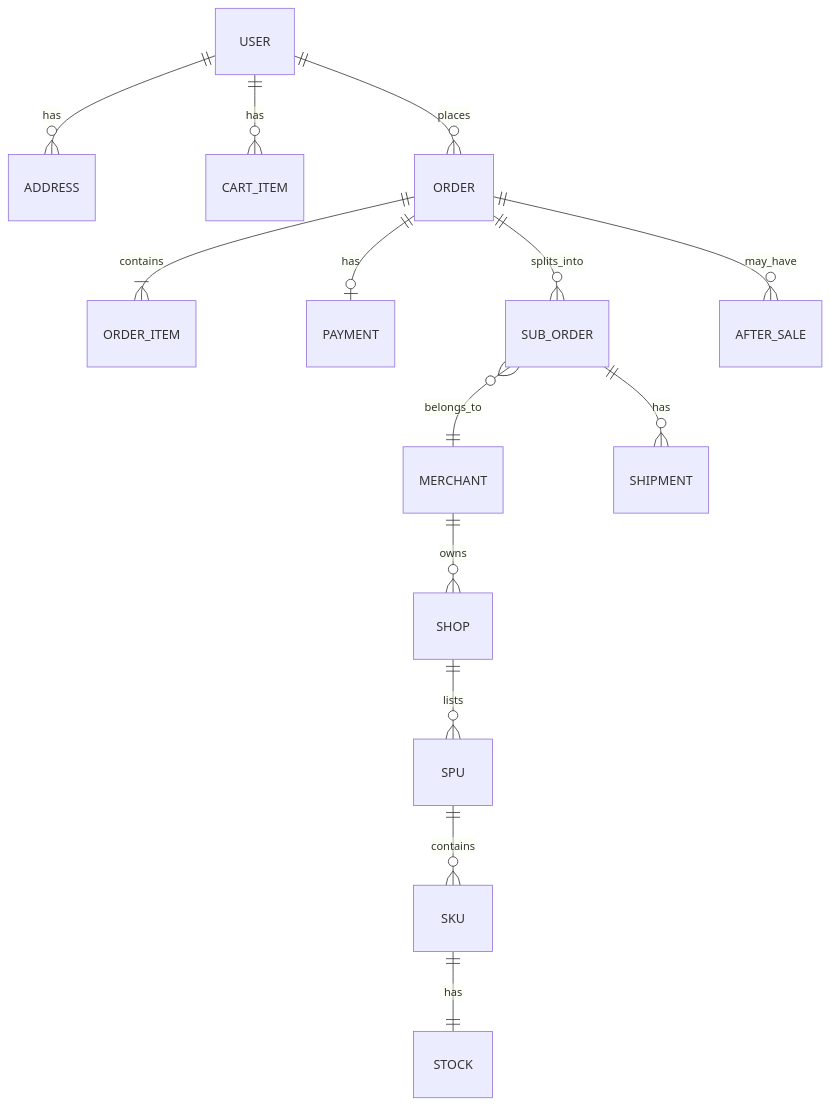
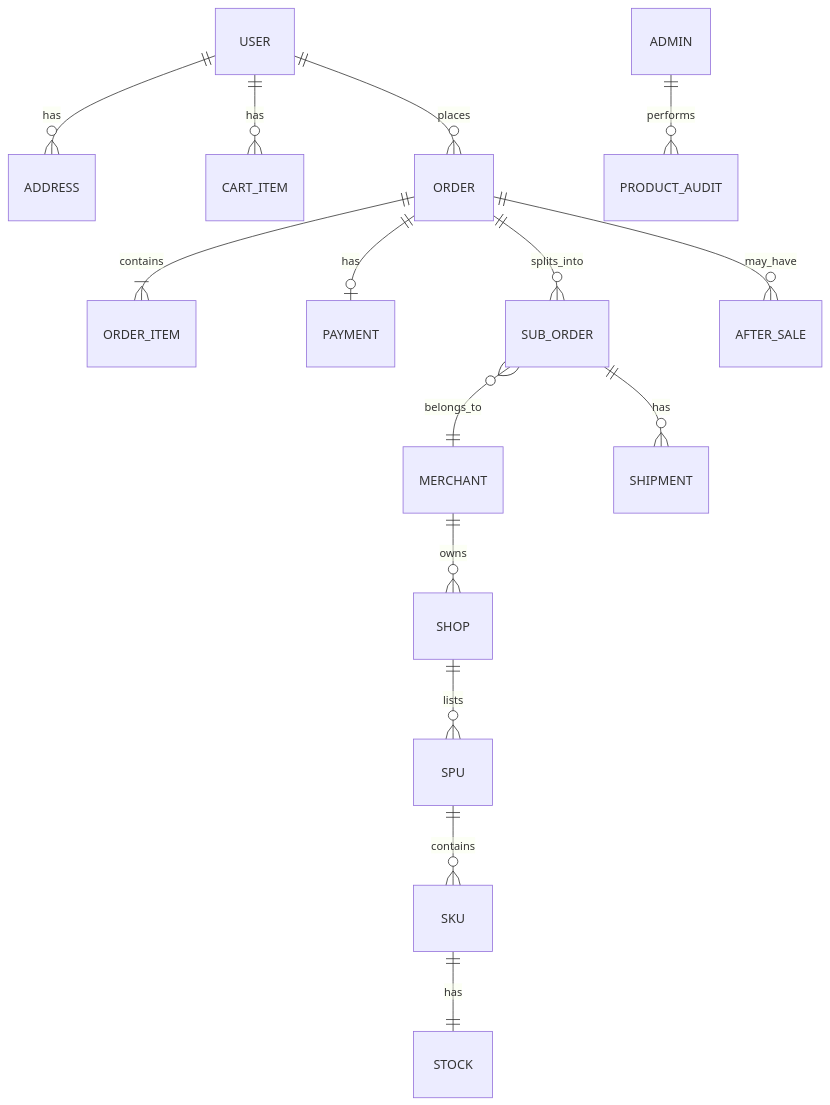
Before and after one commit to HMirror123456/ecommerce-platform: the first of 4 diagrams in docs/domain/DOMAIN_MODEL.md, drawn with Mermaid. The commit also changed other lines of this file and 16 other files, not shown here.

````diff
--- a/docs/domain/DOMAIN_MODEL.md
+++ b/docs/domain/DOMAIN_MODEL.md
@@ -38,19 +37,20 @@
 ```mermaid
 erDiagram
     USER ||--o{ ADDRESS : has
     USER ||--o{ CART_ITEM : has
     USER ||--o{ ORDER : places
 
     MERCHANT ||--o{ SHOP : owns
     SHOP ||--o{ SPU : lists
     SPU ||--o{ SKU : contains
     SKU ||--|| STOCK : has
 
     ORDER ||--|{ ORDER_ITEM : contains
     ORDER ||--o| PAYMENT : has
     ORDER ||--o{ SUB_ORDER : splits_into
     SUB_ORDER }o--|| MERCHANT : belongs_to
 
     ORDER ||--o{ AFTER_SALE : may_have
     SUB_ORDER ||--o{ SHIPMENT : has
+    ADMIN ||--o{ PRODUCT_AUDIT : performs
 ```
````
